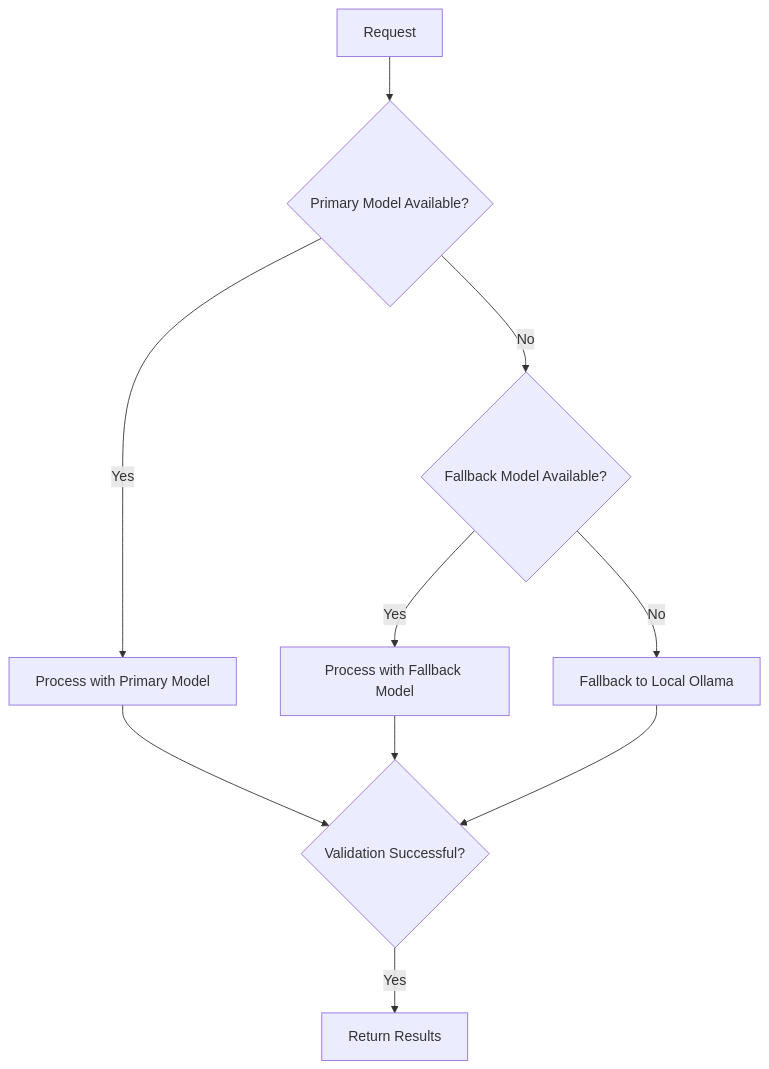
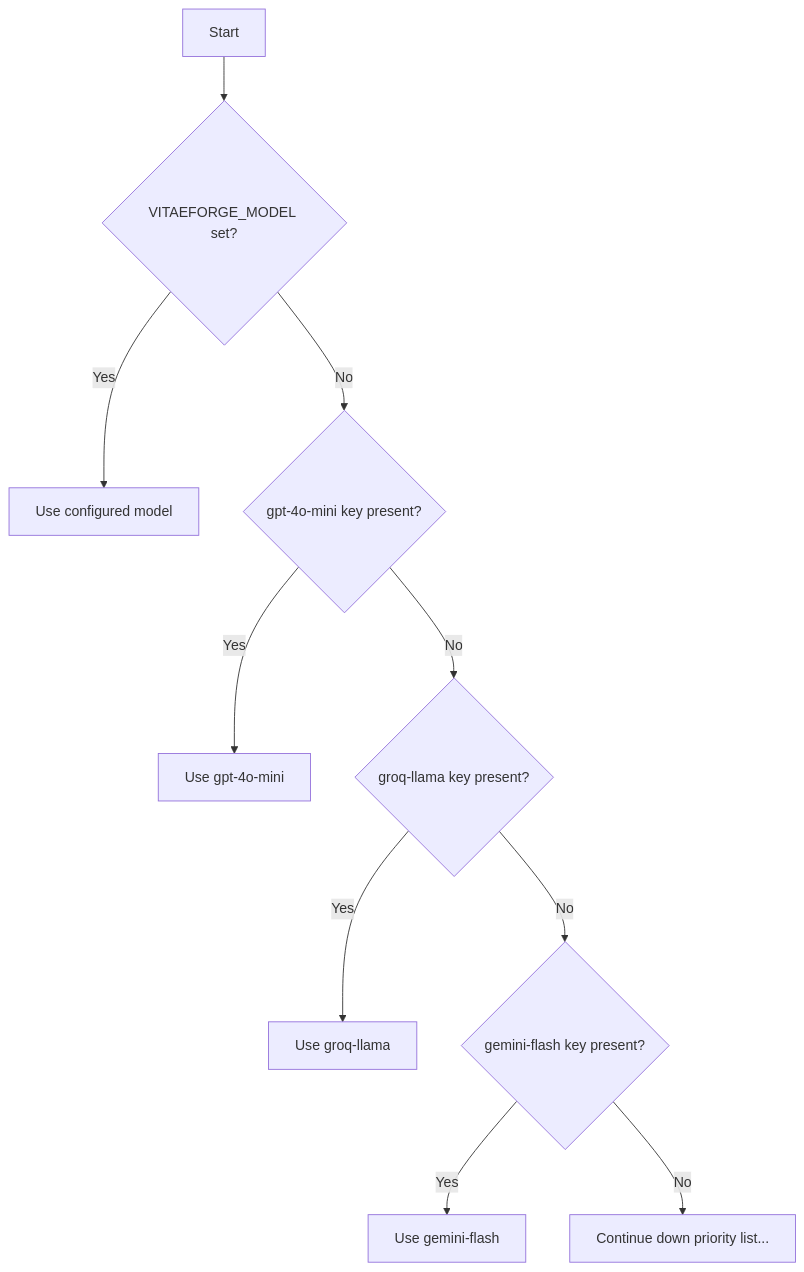
One commit to csotelo/vitaeforge changed the seventh of 7 diagrams in WHITEPAPER.md. Above: the diagram before and after it, drawn with Mermaid. The commit also changed other lines of this file, not shown here.

````diff
--- a/WHITEPAPER.md
+++ b/WHITEPAPER.md
@@ -1097,12 +562,12 @@
 ```mermaid
 flowchart TD
-    A[Request] --> B{Primary Model Available?}
-    B -->|Yes| C[Process with Primary Model]
-    B -->|No| D{Fallback Model Available?}
-    D -->|Yes| E[Process with Fallback Model]
-    D -->|No| F[Fallback to Local Ollama]
-    C --> G{Validation Successful?}
-    E --> G
-    F --> G
-    G -->|Yes| H[Return Results]
+    A[Start] --> B{VITAEFORGE_MODEL set?}
+    B -->|Yes| C[Use configured model]
+    B -->|No| D{gpt-4o-mini key present?}
+    D -->|Yes| E[Use gpt-4o-mini]
+    D -->|No| F{groq-llama key present?}
+    F -->|Yes| G[Use groq-llama]
+    F -->|No| H{gemini-flash key present?}
+    H -->|Yes| I[Use gemini-flash]
+    H -->|No| J[Continue down priority list...]
 ```
````
